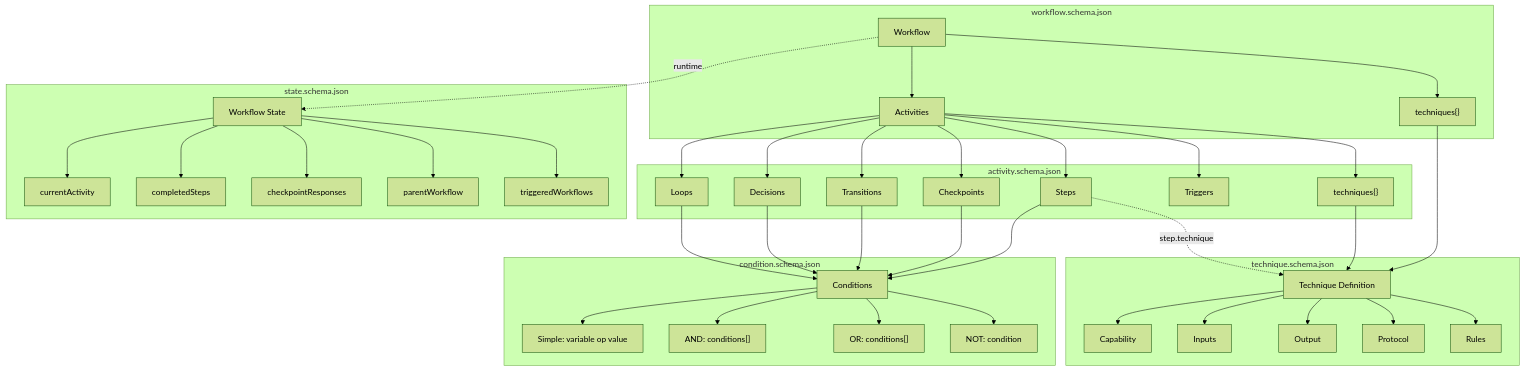
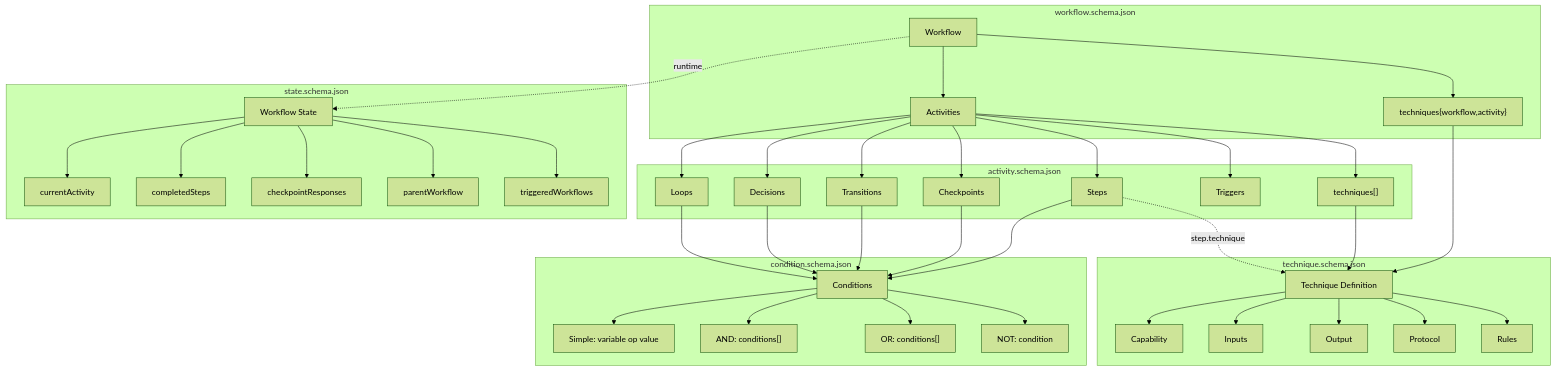
The second of 3 diagrams in schemas/README.md (m2ux/workflow-server), drawn with Mermaid (forest theme) before and after one commit. The commit also changed other lines of this file and 21 other files, not shown here.

````diff
--- a/schemas/README.md
+++ b/schemas/README.md
@@ -71,49 +71,49 @@
 ```mermaid
 flowchart TB
     subgraph Workflow["workflow.schema.json"]
         W[Workflow] --> A[Activities]
-        W --> SK1["techniques{}"]
+        W --> SK1["techniques{workflow,activity}"]
     end
     
     subgraph Activity["activity.schema.json"]
         A --> S[Steps]
         A --> C[Checkpoints]
         A --> D[Decisions]
         A --> L[Loops]
         A --> T[Transitions]
         A --> TR[Triggers]
-        A --> SK2["techniques{}"]
+        A --> SK2["techniques[]"]
     end
     
     subgraph Technique["technique.schema.json"]
         SK1 --> SKD[Technique Definition]
         SK2 --> SKD
         S -.->|"step.technique"| SKD
         SKD --> Cap[Capability]
         SKD --> In[Inputs]
         SKD --> Out[Output]
         SKD --> Proto[Protocol]
         SKD --> Rules[Rules]
     end
     
     subgraph Condition["condition.schema.json"]
         S --> COND[Conditions]
         C --> COND
         T --> COND
         D --> COND
         L --> COND
         COND --> Simple["Simple: variable op value"]
         COND --> And["AND: conditions[]"]
         COND --> Or["OR: conditions[]"]
         COND --> Not["NOT: condition"]
     end
     
     subgraph State["state.schema.json"]
         W -.->|"runtime"| ST[Workflow State]
         ST --> CA[currentActivity]
         ST --> CS[completedSteps]
         ST --> CR[checkpointResponses]
         ST --> PW[parentWorkflow]
         ST --> TW[triggeredWorkflows]
     end
 ```
````
